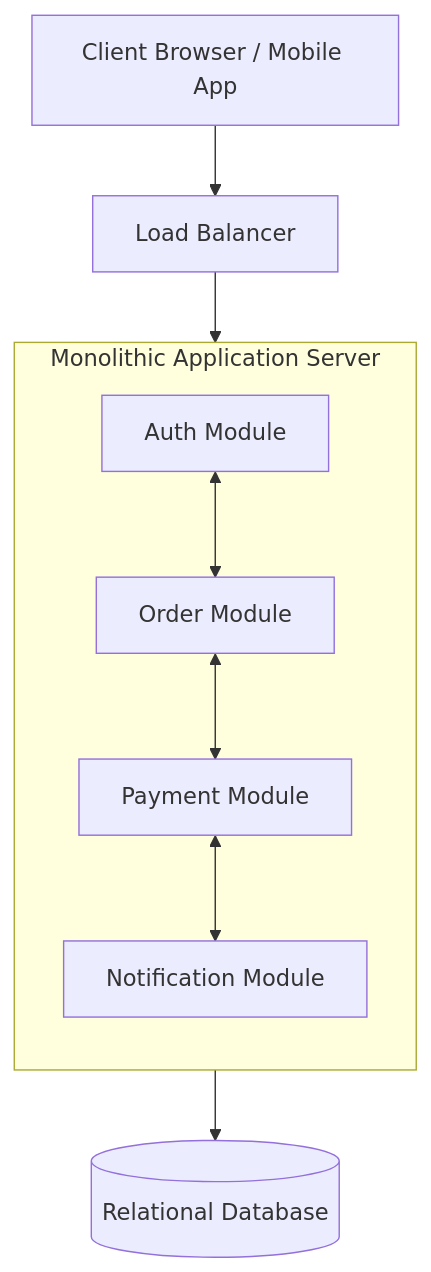
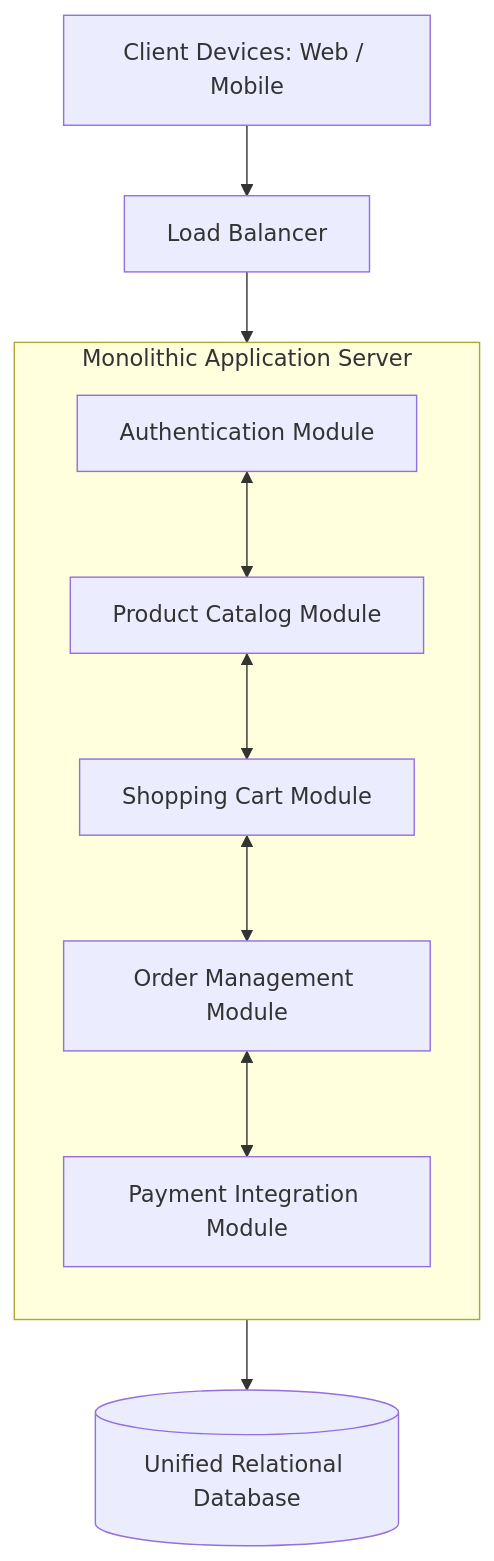
The diagram in 02-architecture/monolithic.md (Sujalkathait/high-level-design), drawn with Mermaid before and after one commit. The commit also changed other lines of this file and 41 other files, not shown here.

````diff
--- a/02-architecture/monolithic.md
+++ b/02-architecture/monolithic.md
@@ -20,19 +20,21 @@
 ```mermaid
 flowchart TD
-    Client[Client Browser / Mobile App] --> LB[Load Balancer]
+    Client[Client Devices: Web / Mobile] --> LB[Load Balancer]
     
     subgraph MonolithServer [Monolithic Application Server]
         direction TB
-        AuthModule[Auth Module]
-        OrderModule[Order Module]
-        PaymentModule[Payment Module]
-        NotificationModule[Notification Module]
+        AuthModule[Authentication Module]
+        ProductModule[Product Catalog Module]
+        CartModule[Shopping Cart Module]
+        OrderModule[Order Management Module]
+        PaymentModule[Payment Integration Module]
         
-        AuthModule <--> OrderModule
+        AuthModule <--> ProductModule
+        ProductModule <--> CartModule
+        CartModule <--> OrderModule
         OrderModule <--> PaymentModule
-        PaymentModule <--> NotificationModule
     end
 
     LB --> MonolithServer
-    MonolithServer --> DB[(Relational Database)]
+    MonolithServer --> DB[(Unified Relational Database)]
 ```
````
